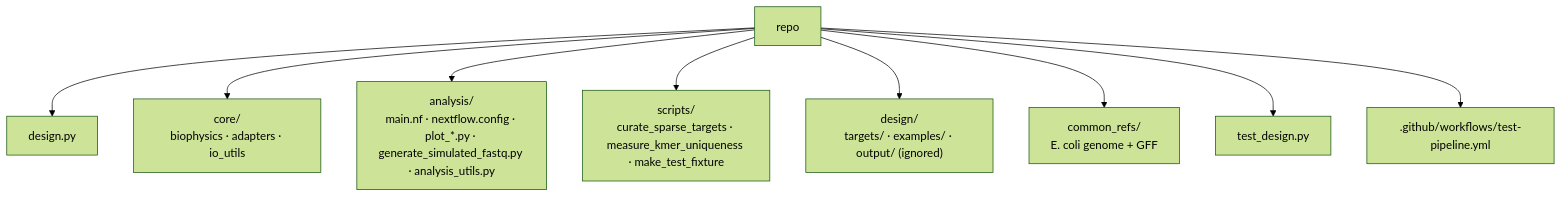
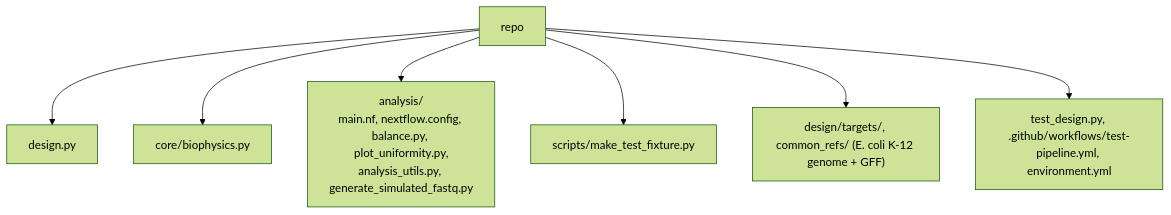
Before and after one commit to AHumanBrain/my_amplicon_project: the eighth of 8 diagrams in README.md, drawn with Mermaid (forest theme). The commit also changed other lines of this file, not shown here.

````diff
--- a/README.md
+++ b/README.md
@@ -317,11 +201,9 @@
 ```mermaid
 flowchart TD
-    ROOT["repo"] --> DP["design.py"]
-    ROOT --> CORE["core/<br/>biophysics · adapters · io_utils"]
-    ROOT --> AN["analysis/<br/>main.nf · nextflow.config · plot_*.py · generate_simulated_fastq.py · analysis_utils.py"]
-    ROOT --> SC["scripts/<br/>curate_sparse_targets · measure_kmer_uniqueness · make_test_fixture"]
-    ROOT --> DS["design/<br/>targets/ · examples/ · output/ (ignored)"]
-    ROOT --> CR["common_refs/<br/>E. coli genome + GFF"]
-    ROOT --> TS["test_design.py"]
-    ROOT --> CI[".github/workflows/test-pipeline.yml"]
+    R["repo"] --> D["design.py"]
+    R --> C["core/biophysics.py"]
+    R --> A["analysis/<br/>main.nf, nextflow.config, balance.py, plot_uniformity.py,<br/>analysis_utils.py, generate_simulated_fastq.py"]
+    R --> S["scripts/make_test_fixture.py"]
+    R --> X["design/targets/, common_refs/ (E. coli K-12 genome + GFF)"]
+    R --> T["test_design.py, .github/workflows/test-pipeline.yml, environment.yml"]
 ```
````
